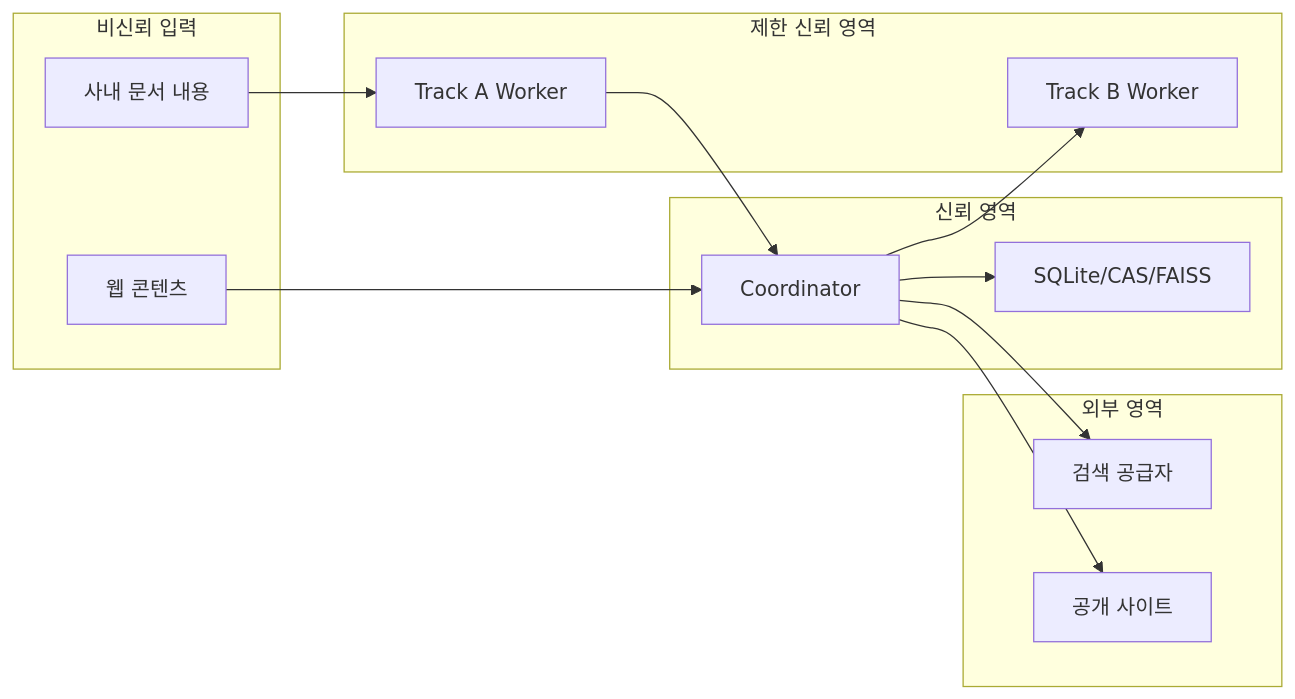
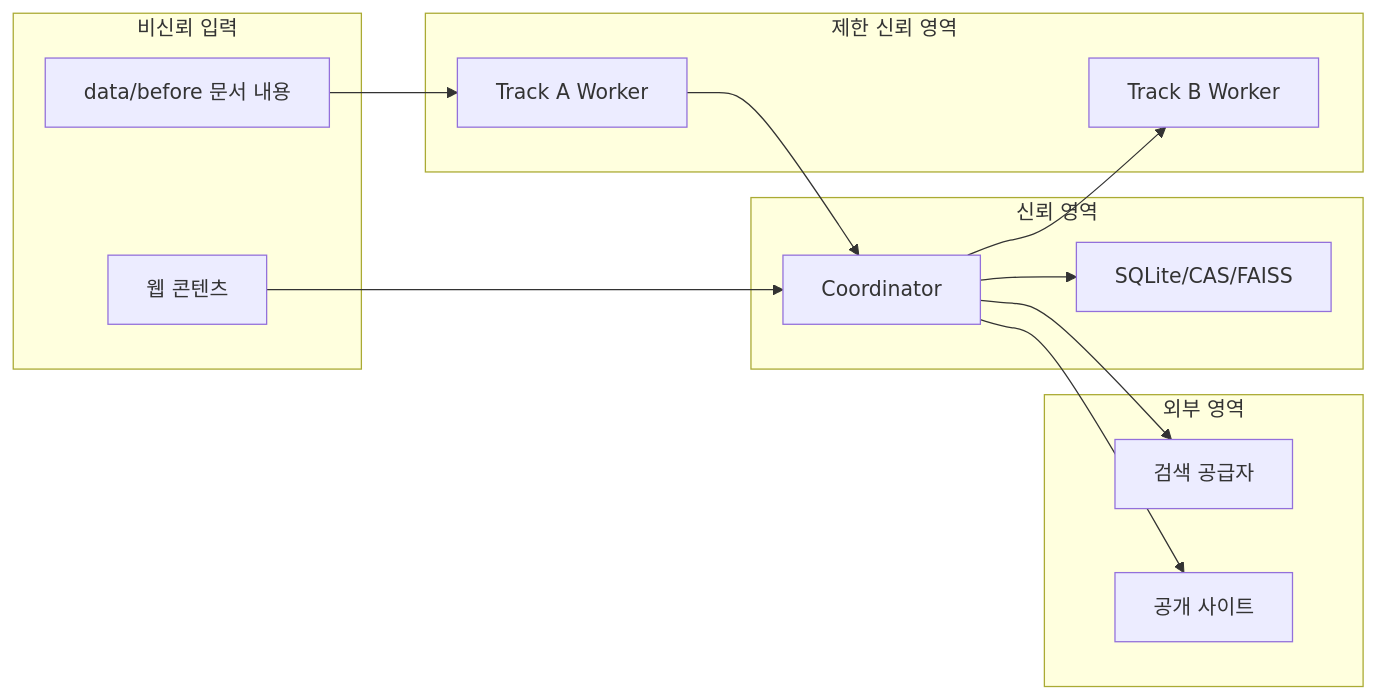
The diagram in docs/security.md (creatorjun/RAG), drawn with Mermaid before and after one commit. The commit also changed other lines of this file and 35 other files, not shown here.

````diff
--- a/docs/security.md
+++ b/docs/security.md
@@ -30,26 +32,26 @@
 ```mermaid
 flowchart LR
     subgraph T0["신뢰 영역"]
         C["Coordinator"]
         DB["SQLite/CAS/FAISS"]
     end
     subgraph T1["제한 신뢰 영역"]
         A["Track A Worker"]
         B["Track B Worker"]
     end
     subgraph U0["비신뢰 입력"]
-        DOC["사내 문서 내용"]
+        BEFORE["data/before 문서 내용"]
         WEB["웹 콘텐츠"]
     end
     subgraph E0["외부 영역"]
         SEARCH["검색 공급자"]
         SITE["공개 사이트"]
     end
-    DOC --> A
+    BEFORE --> A
     A --> C
     C --> B
     WEB --> C
     C --> SEARCH
     C --> SITE
     C --> DB
 ```
````
